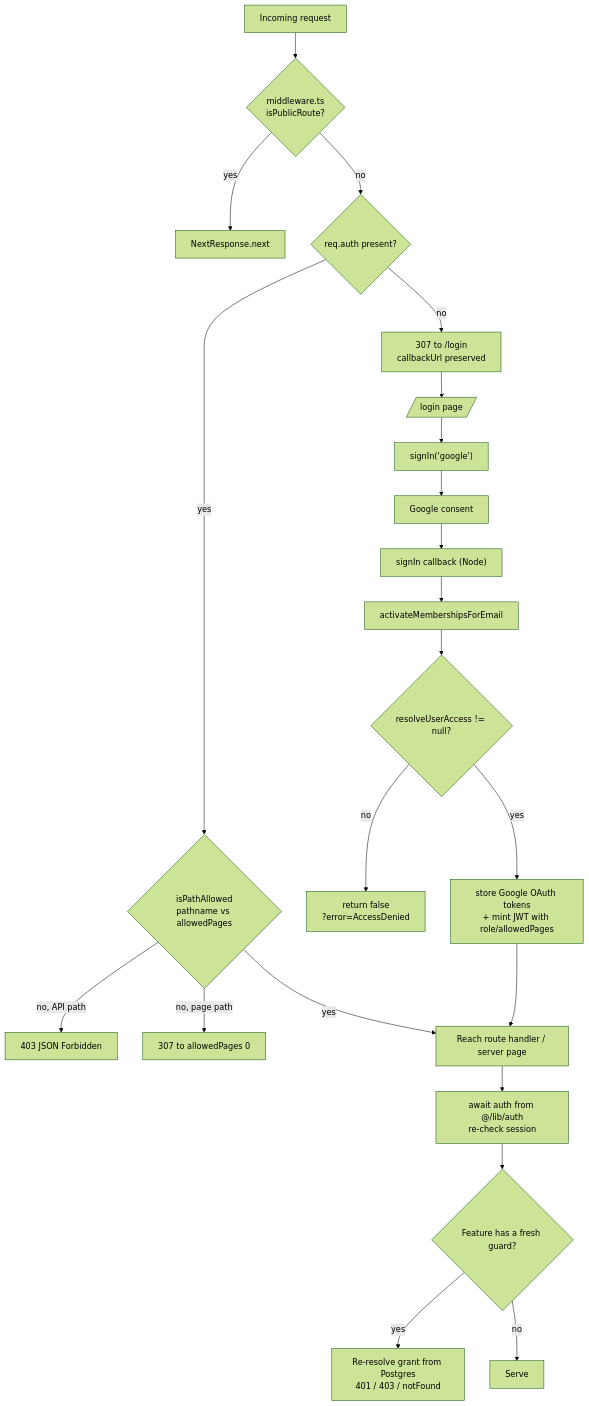
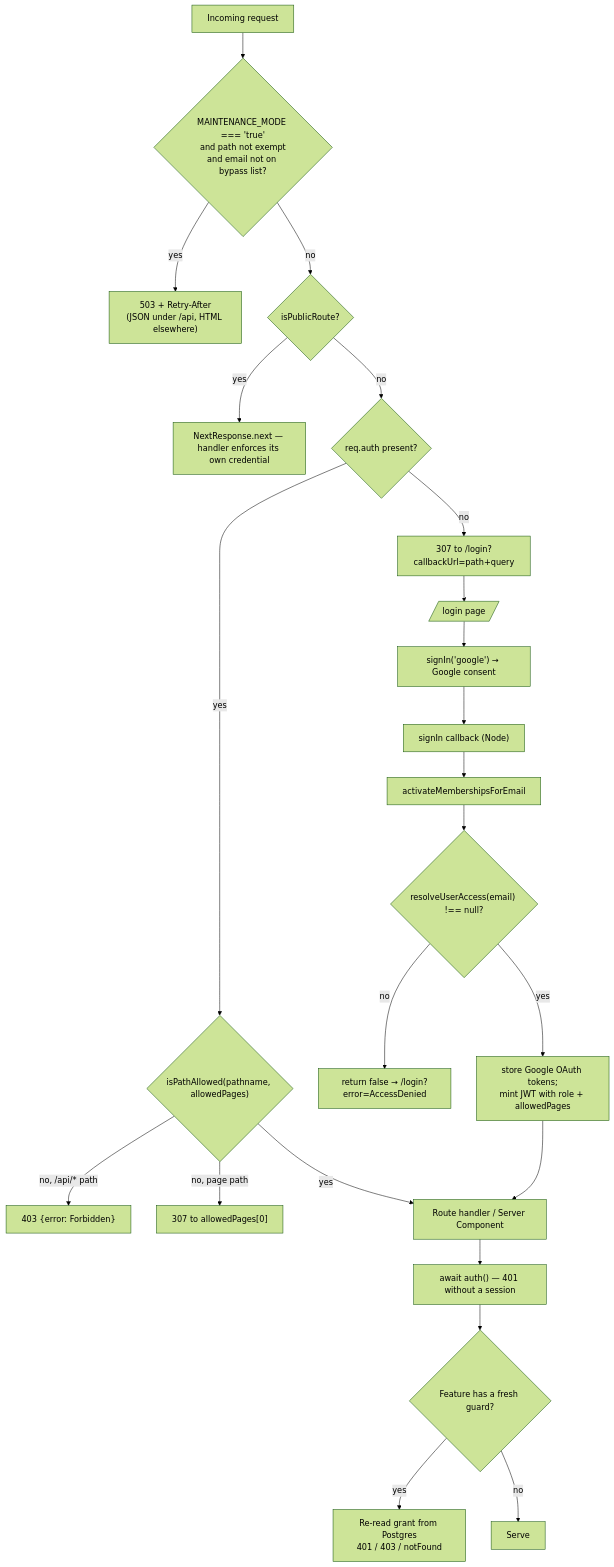
Before and after one commit to kasheesh711/bgscheduler: the first of 3 diagrams in docs/operations/auth-and-access.md, drawn with Mermaid (forest theme). The commit also changed other lines of this file and 95 other files, not shown here.

````diff
--- a/docs/operations/auth-and-access.md
+++ b/docs/operations/auth-and-access.md
@@ -30,25 +41,26 @@
 ```mermaid
 flowchart TD
-    A[Incoming request] --> B{middleware.ts<br/>isPublicRoute?}
-    B -- yes --> Z[NextResponse.next]
+    A[Incoming request] --> M{"MAINTENANCE_MODE === 'true'<br/>and path not exempt<br/>and email not on bypass list?"}
+    M -- yes --> M503["503 + Retry-After<br/>(JSON under /api, HTML elsewhere)"]
+    M -- no --> B{isPublicRoute?}
+    B -- yes --> Z[NextResponse.next — handler enforces its own credential]
     B -- no --> C{req.auth present?}
-    C -- no --> D[307 to /login<br/>callbackUrl preserved]
-    C -- yes --> P{isPathAllowed<br/>pathname vs allowedPages}
-    P -- no, API path --> F403[403 JSON Forbidden]
-    P -- no, page path --> RL[307 to allowedPages 0]
-    P -- yes --> E[Reach route handler / server page]
-    E --> G[await auth from @/lib/auth<br/>re-check session]
+    C -- no --> D["307 to /login?callbackUrl=path+query"]
+    C -- yes --> P{"isPathAllowed(pathname, allowedPages)"}
+    P -- "no, /api/* path" --> F403["403 {error: Forbidden}"]
+    P -- "no, page path" --> RL["307 to allowedPages[0]"]
+    P -- yes --> E[Route handler / Server Component]
+    E --> G["await auth() — 401 without a session"]
     G --> H{Feature has a fresh guard?}
-    H -- yes --> I[Re-resolve grant from Postgres<br/>401 / 403 / notFound]
+    H -- yes --> I["Re-read grant from Postgres<br/>401 / 403 / notFound"]
     H -- no --> J[Serve]
 
     D --> L[/login page/]
-    L --> M["signIn('google')"]
-    M --> N[Google consent]
+    L --> N["signIn('google') → Google consent"]
     N --> O["signIn callback (Node)"]
     O --> Q[activateMembershipsForEmail]
-    Q --> R{resolveUserAccess != null?}
-    R -- no --> S[return false<br/>?error=AccessDenied]
-    R -- yes --> T[store Google OAuth tokens<br/>+ mint JWT with role/allowedPages]
+    Q --> R{"resolveUserAccess(email) !== null?"}
+    R -- no --> S["return false → /login?error=AccessDenied"]
+    R -- yes --> T["store Google OAuth tokens;<br/>mint JWT with role + allowedPages"]
     T --> E
 ```
````
